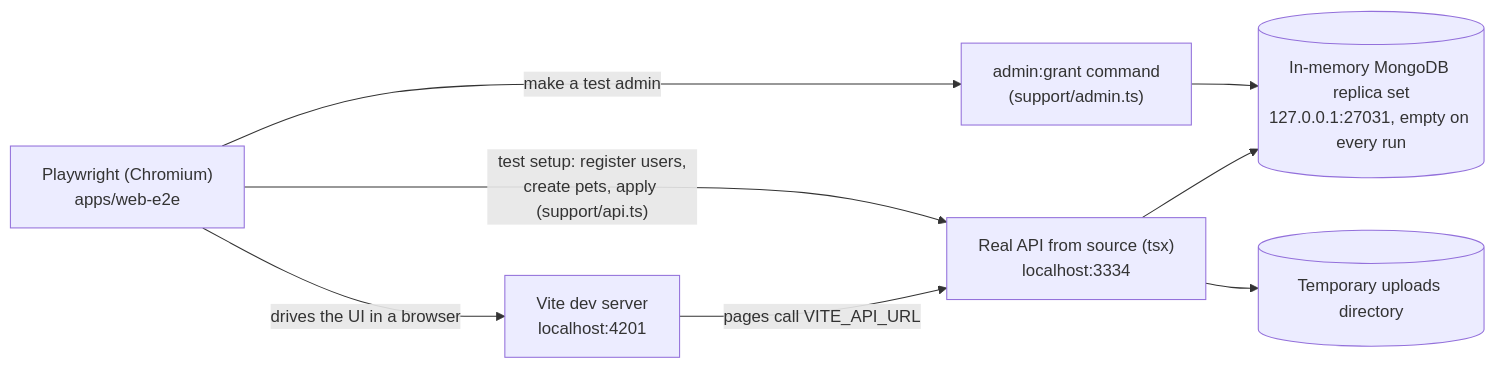
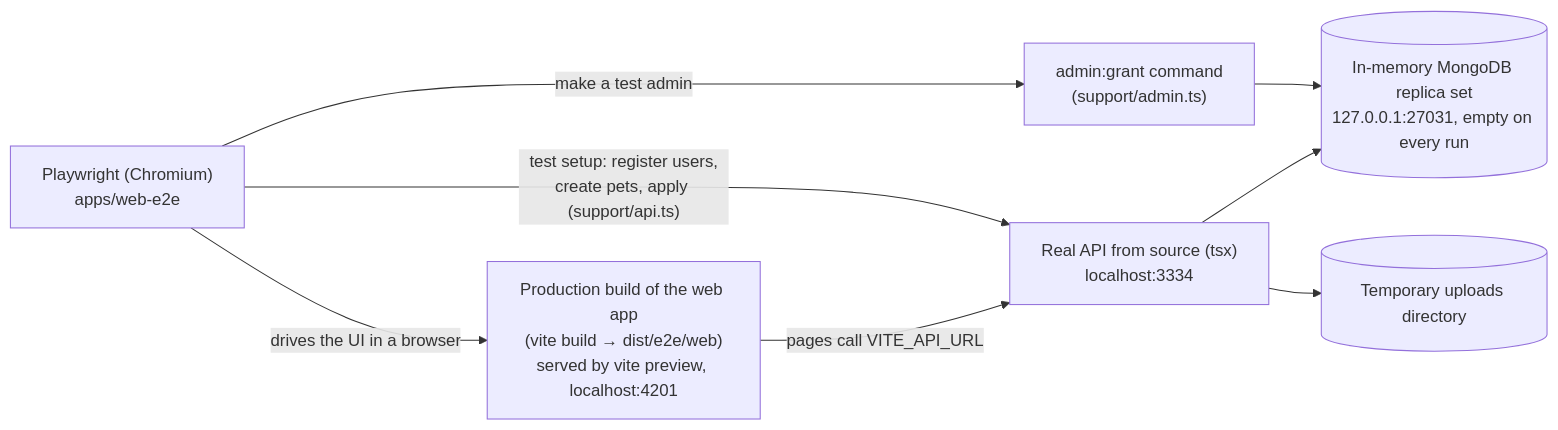
Before and after one commit to BojanSovtic/pet-adoption-system: diagram 13 of 13 in docs/architecture.md, drawn with Mermaid. The commit also changed other lines of this file and 11 other files, not shown here.

First line of the commit message:
test: cheaper Argon2 in API tests, E2E on production build and in CI (P0-10)

````diff
--- a/docs/architecture.md
+++ b/docs/architecture.md
@@ -538,17 +538,17 @@
 ```mermaid
 flowchart LR
   pw["Playwright (Chromium)<br/>apps/web-e2e"]
-  web["Vite dev server<br/>localhost:4201"]
+  web["Production build of the web app<br/>(vite build → dist/e2e/web)<br/>served by vite preview, localhost:4201"]
   api["Real API from source (tsx)<br/>localhost:3334"]
   db[("In-memory MongoDB replica set<br/>127.0.0.1:27031, empty on every run")]
   tmp[("Temporary uploads directory")]
   cli["admin:grant command<br/>(support/admin.ts)"]
 
   pw -- "drives the UI in a browser" --> web
   pw -- "test setup: register users,<br/>create pets, apply (support/api.ts)" --> api
   pw -- "make a test admin" --> cli
   cli --> db
   web -- "pages call VITE_API_URL" --> api
   api --> db
   api --> tmp
 ```
````
